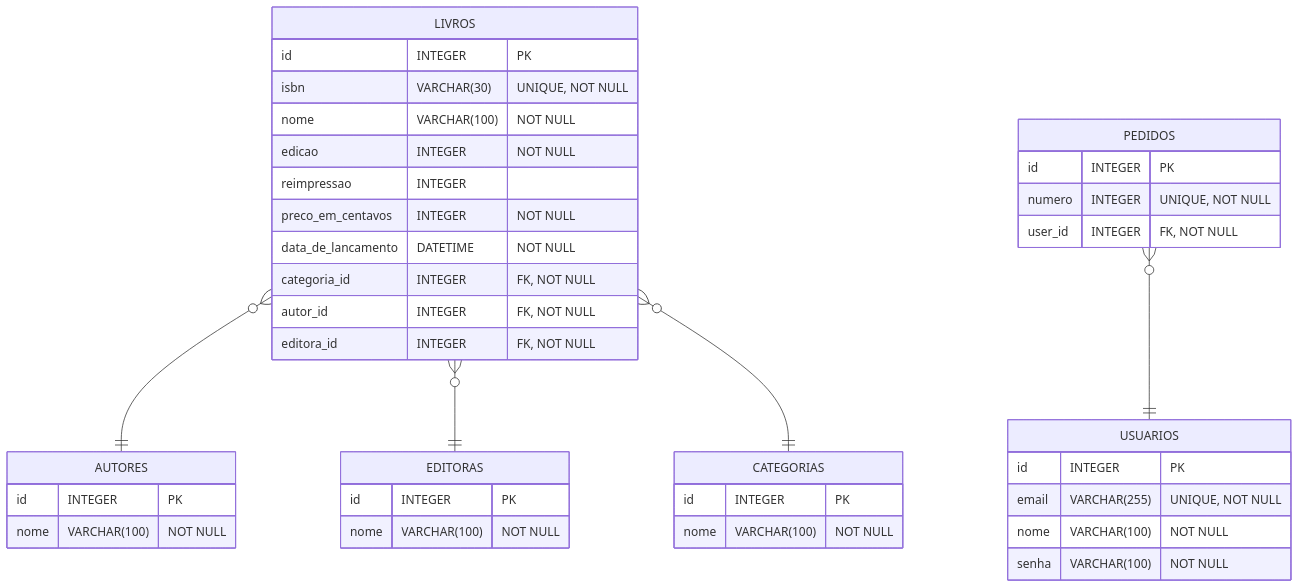
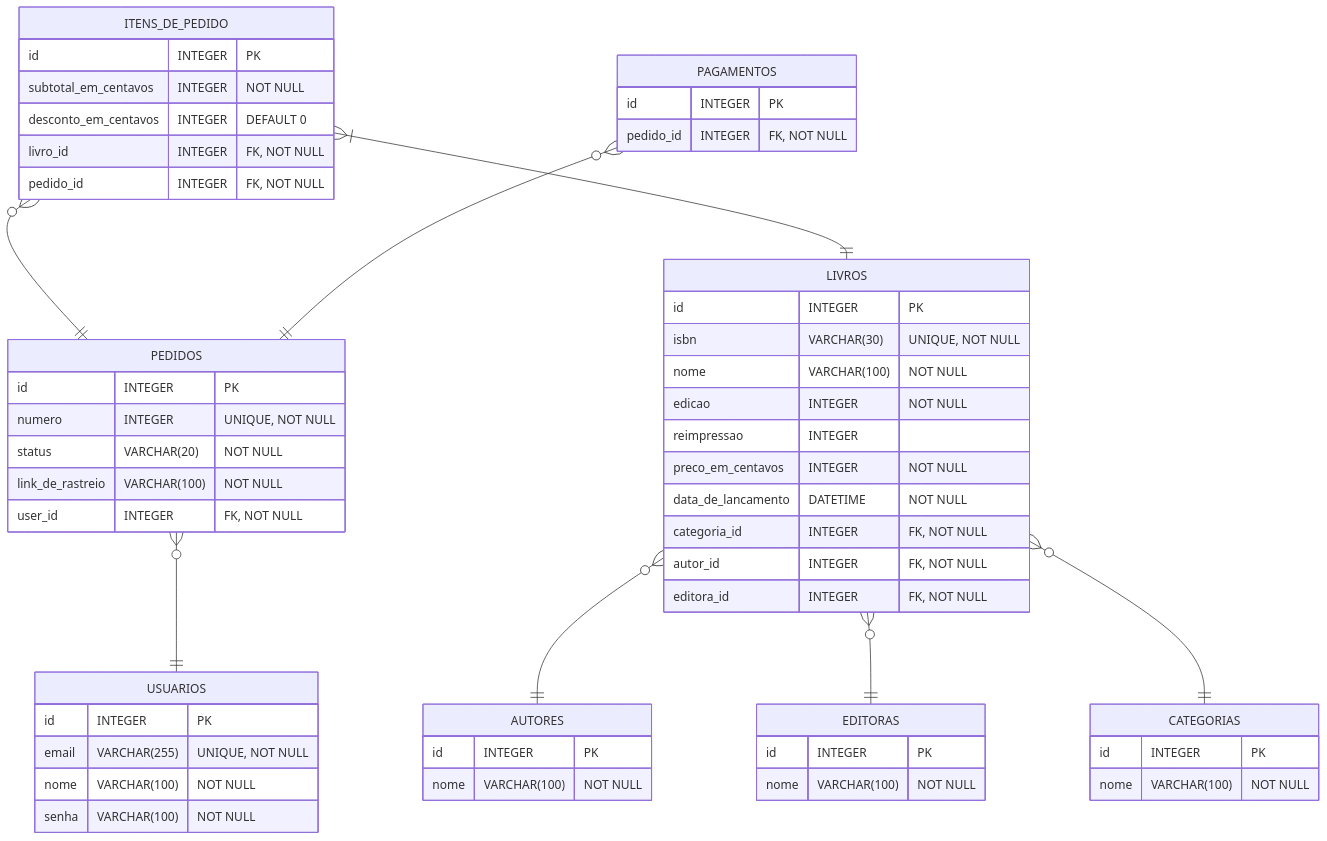
One commit to codando-junto/lucienne changed the diagram in docs/modeloRelacional.md. Above: the diagram before and after it, drawn with Mermaid.

Commit message:
Alteração de modeloRelacional

````diff
--- a/docs/modeloRelacional.md
+++ b/docs/modeloRelacional.md
@@ -1,52 +1,74 @@
 ```mermaid
 erDiagram
     USUARIOS {
         id INTEGER "PK"
         email VARCHAR(255) "UNIQUE, NOT NULL"
         nome VARCHAR(100) "NOT NULL"
         senha VARCHAR(100) "NOT NULL"
     }
 
     CATEGORIAS {
         id INTEGER "PK"
         nome VARCHAR(100) "NOT NULL"
     }
 
     AUTORES {
         id INTEGER "PK"
         nome VARCHAR(100) "NOT NULL"
     }
 
     EDITORAS {
         id INTEGER "PK"
         nome VARCHAR(100) "NOT NULL"
     }
 
     LIVROS {
         id INTEGER "PK"
         isbn VARCHAR(30) "UNIQUE, NOT NULL"
         nome VARCHAR(100) "NOT NULL"
         edicao INTEGER "NOT NULL"
         reimpressao INTEGER
         preco_em_centavos INTEGER "NOT NULL"
         data_de_lancamento DATETIME "NOT NULL"
         categoria_id INTEGER "FK, NOT NULL"
         autor_id INTEGER "FK, NOT NULL"
         editora_id INTEGER "FK, NOT NULL"
     }
     
     PEDIDOS {
         id INTEGER "PK"
         numero INTEGER "UNIQUE, NOT NULL"
+        status VARCHAR(20) "NOT NULL"
+        link_de_rastreio VARCHAR(100) "NOT NULL"
         user_id INTEGER "FK, NOT NULL"
+        
+    }
+
+    ITENS_DE_PEDIDO {
+        id INTEGER "PK"
+        subtotal_em_centavos INTEGER "NOT NULL"
+        desconto_em_centavos INTEGER "DEFAULT 0"
+        livro_id INTEGER "FK, NOT NULL"
+        pedido_id INTEGER "FK, NOT NULL"
+    }
+
+    PAGAMENTOS {
+        id INTEGER "PK"
+        pedido_id INTEGER "FK, NOT NULL"
     }
 
     LIVROS }o--|| AUTORES : ""
 
     LIVROS }o--|| EDITORAS : ""
 
     LIVROS }o--|| CATEGORIAS : ""
 
     PEDIDOS }o--|| USUARIOS : ""
 
+    ITENS_DE_PEDIDO }o--|| PEDIDOS : ""
+
+    ITENS_DE_PEDIDO }|--|| LIVROS : ""
+
+    PAGAMENTOS }o--|| PEDIDOS : ""
+
 ```
````
